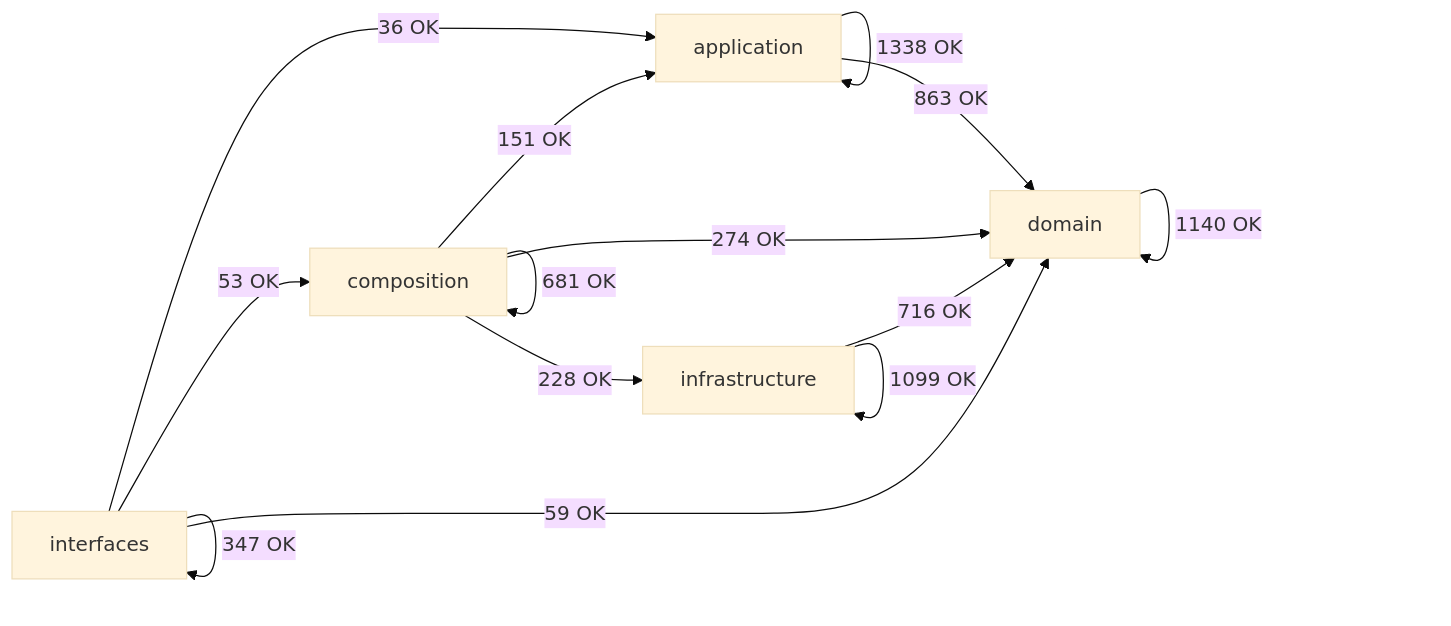
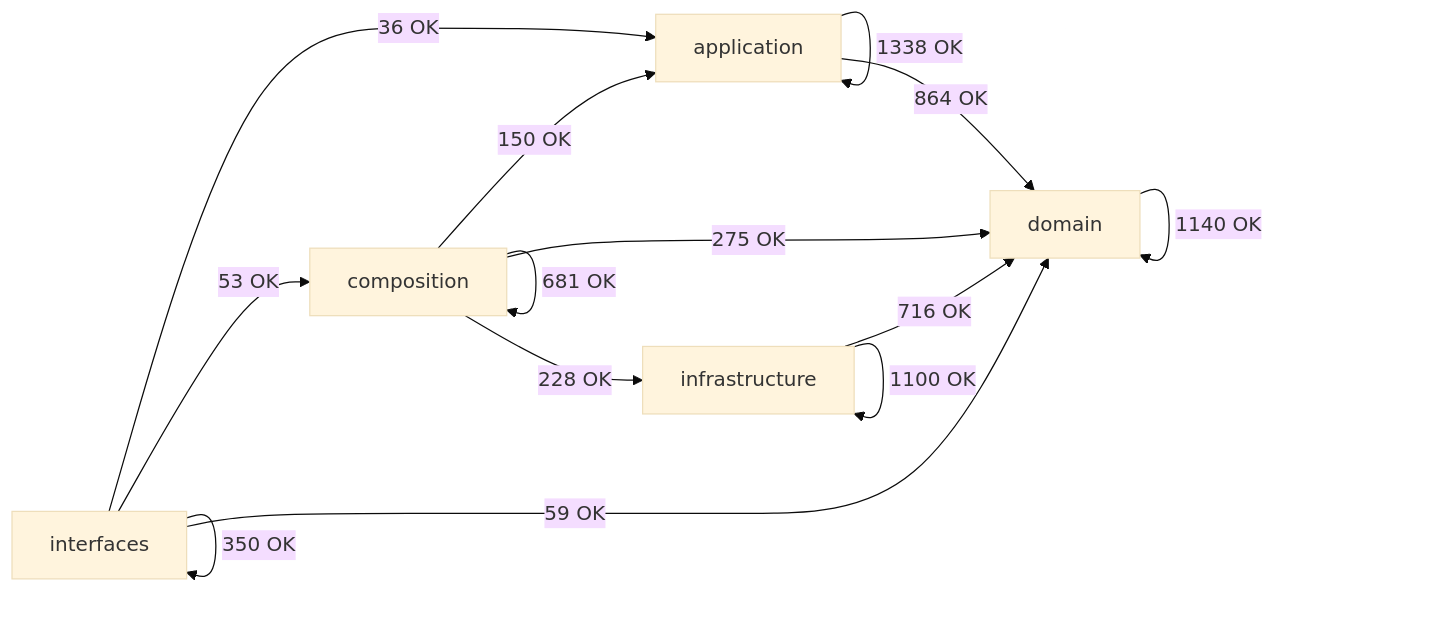
The diagram in docs/02-architecture/generated/module-dependency-map.md (SatoryKono/BioactivityDataAcquisition), drawn with Mermaid (base theme) before and after one commit. The commit also changed other lines of this file and 2 other files, not shown here.

````diff
--- a/docs/02-architecture/generated/module-dependency-map.md
+++ b/docs/02-architecture/generated/module-dependency-map.md
@@ -17,21 +17,21 @@
 ```mermaid
 flowchart LR
     domain[domain]
     application[application]
     infrastructure[infrastructure]
     composition[composition]
     interfaces[interfaces]
     application -->|1338 OK| application
-    application -->|863 OK| domain
-    composition -->|151 OK| application
+    application -->|864 OK| domain
+    composition -->|150 OK| application
     composition -->|681 OK| composition
-    composition -->|274 OK| domain
+    composition -->|275 OK| domain
     composition -->|228 OK| infrastructure
     domain -->|1140 OK| domain
     infrastructure -->|716 OK| domain
-    infrastructure -->|1099 OK| infrastructure
+    infrastructure -->|1100 OK| infrastructure
     interfaces -->|36 OK| application
     interfaces -->|53 OK| composition
     interfaces -->|59 OK| domain
-    interfaces -->|347 OK| interfaces
+    interfaces -->|350 OK| interfaces
 ```
````
